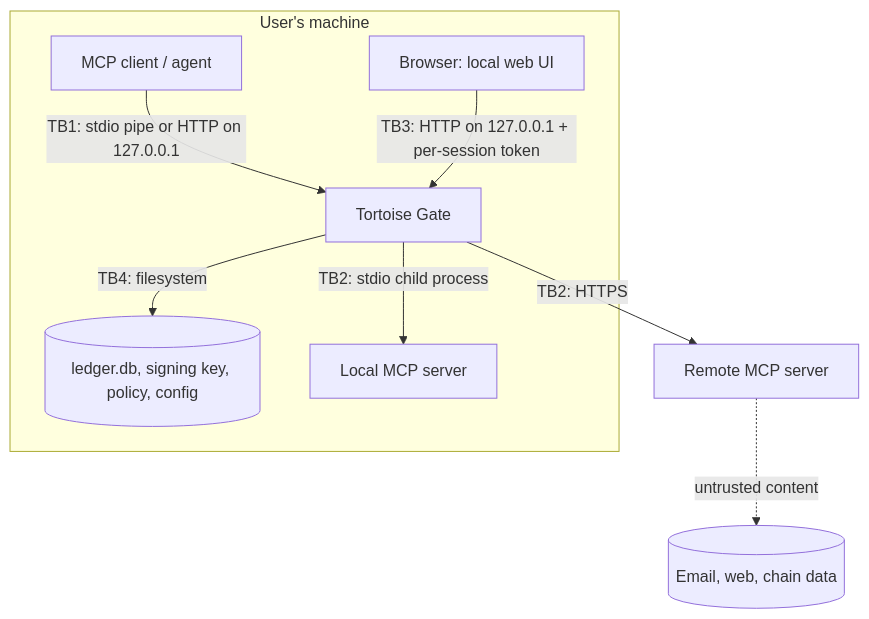
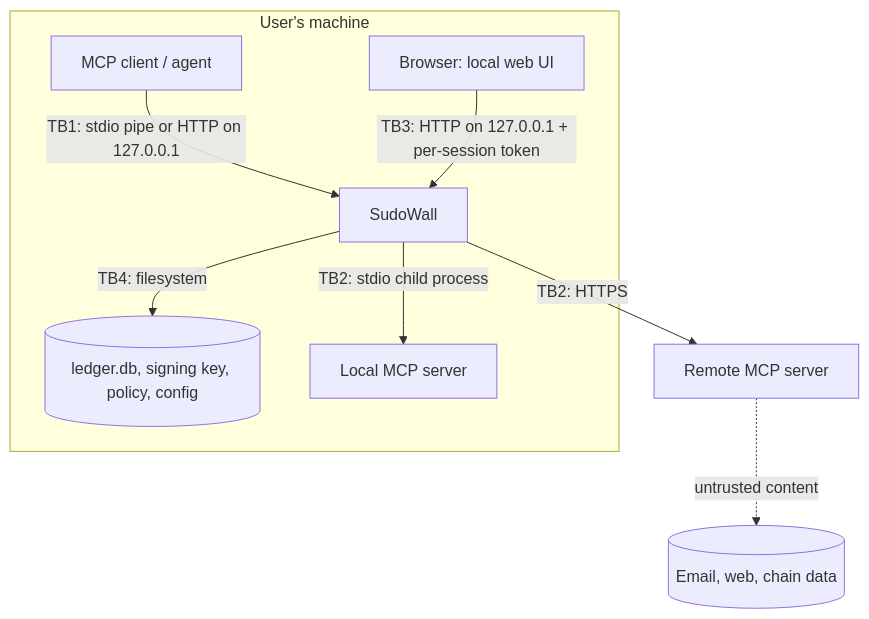
The fourth of 4 diagrams in docs/architecture.md (ABDULMUNAFZ/sudowall), drawn with Mermaid before and after one commit. The commit also changed other lines of this file and 142 other files, not shown here.

First line of the commit message:
feat!: rename Tortoise Gate to SudoWall; 0.3.0

````diff
--- a/docs/architecture.md
+++ b/docs/architecture.md
@@ -150,11 +150,11 @@
 ```mermaid
 flowchart TB
     subgraph host[User's machine]
-      client[MCP client / agent] -- "TB1: stdio pipe or HTTP on 127.0.0.1" --> gate[Tortoise Gate]
+      client[MCP client / agent] -- "TB1: stdio pipe or HTTP on 127.0.0.1" --> gate[SudoWall]
       browser[Browser: local web UI] -- "TB3: HTTP on 127.0.0.1 + per-session token" --> gate
       gate -- "TB4: filesystem" --> store[(ledger.db, signing key, policy, config)]
       gate -- "TB2: stdio child process" --> local[Local MCP server]
     end
     gate -- "TB2: HTTPS" --> remote[Remote MCP server]
     remote -. untrusted content .-> internet[(Email, web, chain data)]
 ```
````
